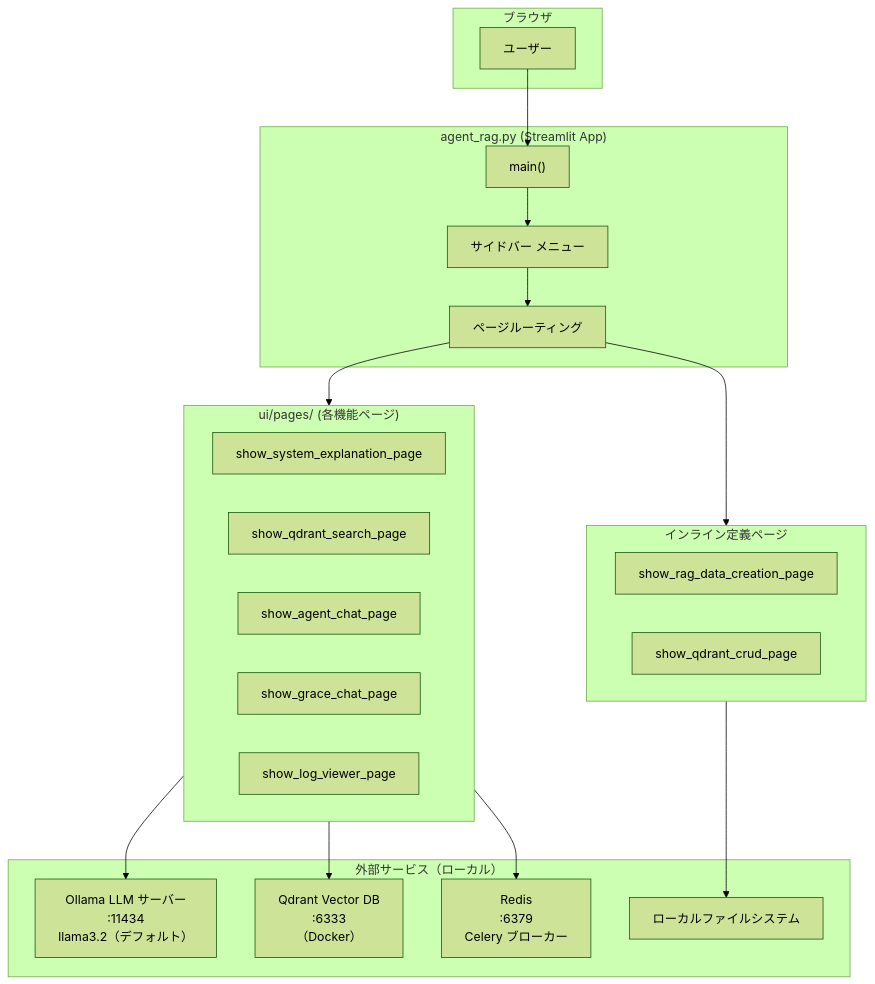
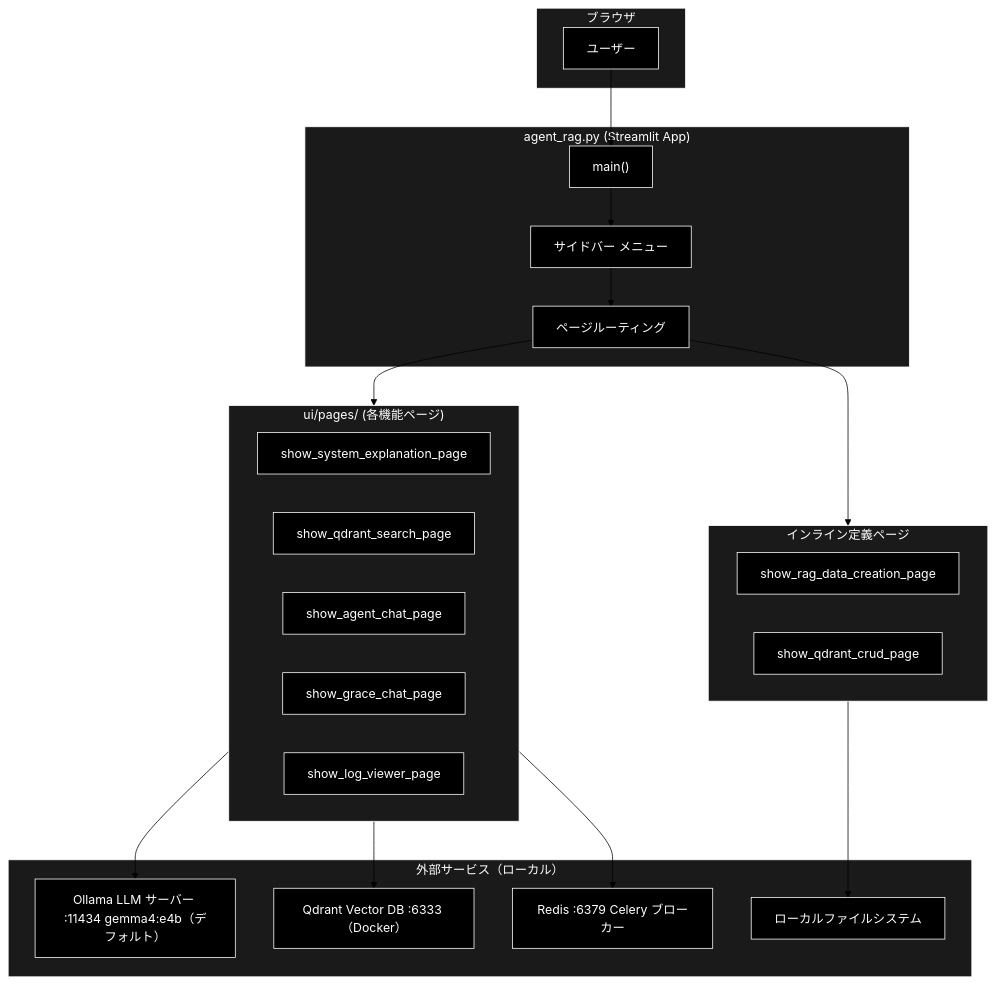
The first of 3 diagrams in docs/agent_rag.md (nakashima2toshio/ollama_grace_agent_v2), drawn with Mermaid (forest theme) before and after one commit. The commit also changed other lines of this file and 3 other files, not shown here.

````diff
--- a/docs/agent_rag.md
+++ b/docs/agent_rag.md
@@ -178,42 +178,50 @@
 ```mermaid
 flowchart TB
     subgraph BROWSER["ブラウザ"]
         USER["ユーザー"]
     end
 
     subgraph STREAMLIT["agent_rag.py (Streamlit App)"]
         MAIN["main()"]
         SIDEBAR["サイドバー メニュー"]
         ROUTER["ページルーティング"]
     end
 
     subgraph PAGES["ui/pages/ (各機能ページ)"]
         P1["show_system_explanation_page"]
         P2["show_qdrant_search_page"]
         P3["show_agent_chat_page"]
         P4["show_grace_chat_page"]
         P5["show_log_viewer_page"]
     end
 
     subgraph INLINE["インライン定義ページ"]
         P6["show_rag_data_creation_page"]
         P7["show_qdrant_crud_page"]
     end
 
     subgraph EXTERNAL["外部サービス（ローカル）"]
-        OLLAMA["Ollama LLM サーバー\n:11434\nllama3.2（デフォルト）"]
-        QDRANT["Qdrant Vector DB\n:6333\n（Docker）"]
-        REDIS["Redis\n:6379\nCelery ブローカー"]
+        OLLAMA["Ollama LLM サーバー :11434 gemma4:e4b（デフォルト）"]
+        QDRANT["Qdrant Vector DB :6333 （Docker）"]
+        REDIS["Redis :6379 Celery ブローカー"]
         FS["ローカルファイルシステム"]
     end
 
     USER --> MAIN
     MAIN --> SIDEBAR
     SIDEBAR --> ROUTER
     ROUTER --> PAGES
     ROUTER --> INLINE
     PAGES --> OLLAMA
     PAGES --> QDRANT
     PAGES --> REDIS
     INLINE --> FS
+classDef default fill:#000,stroke:#fff,color:#fff
+classDef subgraphStyle fill:#1a1a1a,stroke:#fff,color:#fff
+class USER,MAIN,SIDEBAR,ROUTER,P1,P2,P3,P4,P5,P6,P7,OLLAMA,QDRANT,REDIS,FS default
+style BROWSER fill:#1a1a1a,stroke:#fff,color:#fff
+style STREAMLIT fill:#1a1a1a,stroke:#fff,color:#fff
+style PAGES fill:#1a1a1a,stroke:#fff,color:#fff
+style INLINE fill:#1a1a1a,stroke:#fff,color:#fff
+style EXTERNAL fill:#1a1a1a,stroke:#fff,color:#fff
 ```
````
